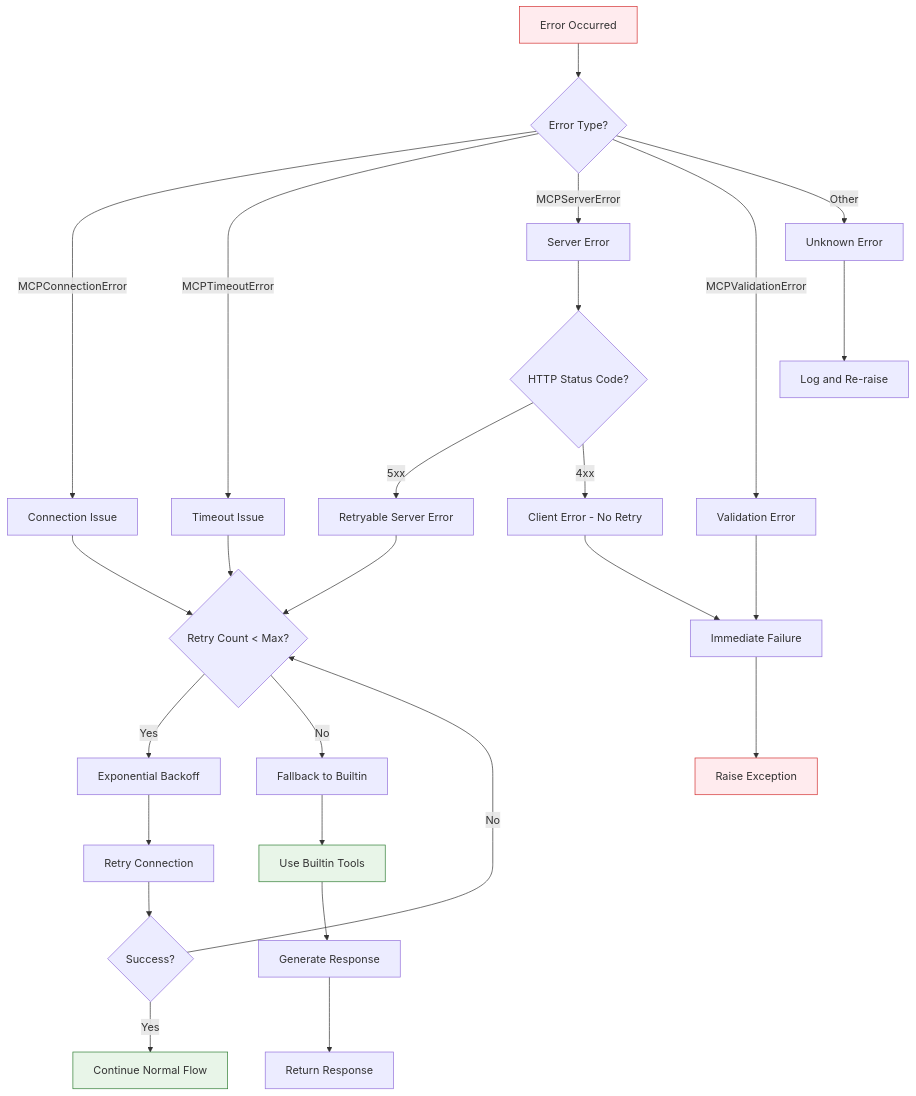
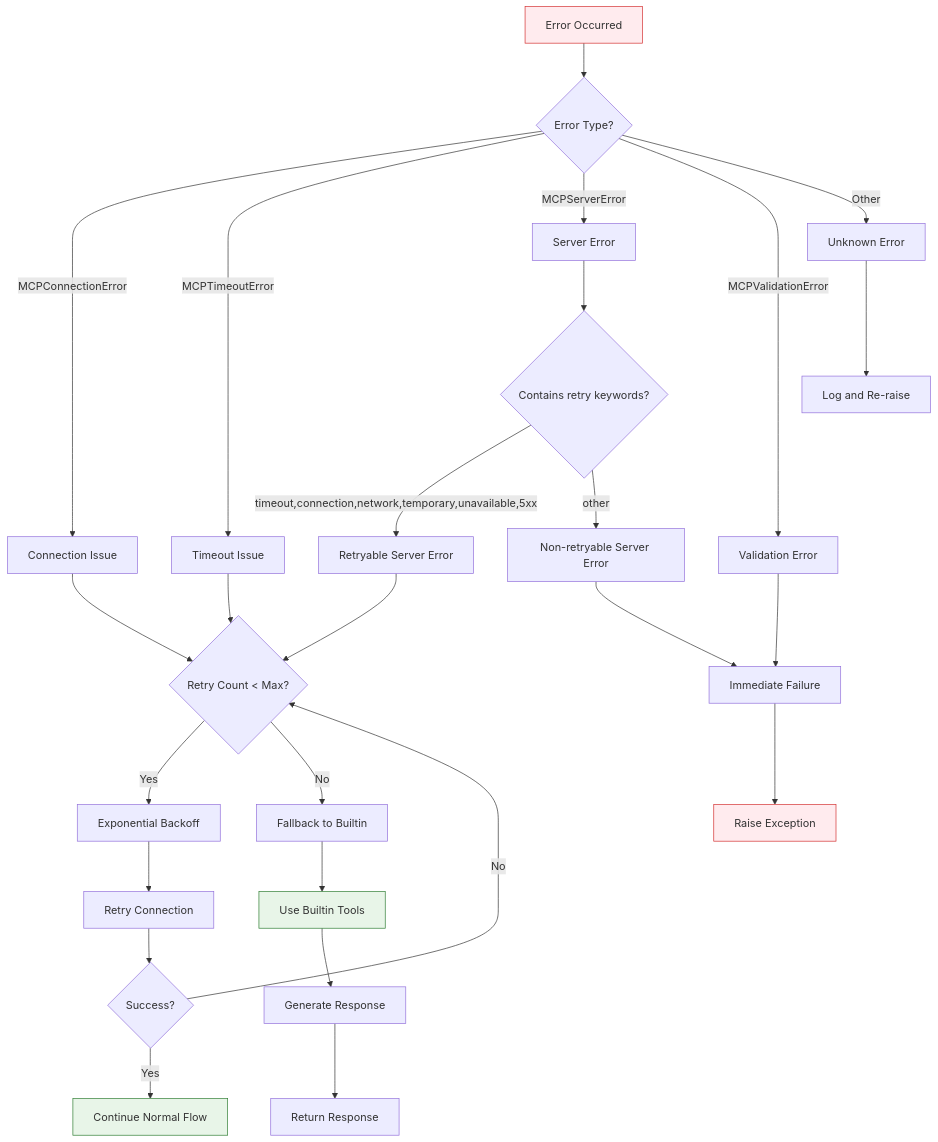
One commit to massgen/MassGen changed the fifth of 6 diagrams in massgen/backend/Gemini MCP Integration Analysis.md. Above: the diagram before and after it, drawn with Mermaid. The commit also changed other lines of this file, not shown here.

````diff
--- a/massgen/backend/Gemini MCP Integration Analysis.md
+++ b/massgen/backend/Gemini MCP Integration Analysis.md
@@ -258,39 +258,39 @@
 ```mermaid
 flowchart TD
     A[Error Occurred] --> B{Error Type?}
     B -->|MCPConnectionError| C[Connection Issue]
     B -->|MCPTimeoutError| D[Timeout Issue]
     B -->|MCPServerError| E[Server Error]
     B -->|MCPValidationError| F[Validation Error]
     B -->|Other| G[Unknown Error]
 
     C --> H{Retry Count < Max?}
     D --> H
-    E --> I{HTTP Status Code?}
+    E --> I{Contains retry keywords?}
     F --> J[Immediate Failure]
     G --> K[Log and Re-raise]
 
     H -->|Yes| L[Exponential Backoff]
     H -->|No| M[Fallback to Builtin]
-    I -->|5xx| N[Retryable Server Error]
-    I -->|4xx| O[Client Error - No Retry]
+    I -->|timeout,connection,network,temporary,unavailable,5xx| N[Retryable Server Error]
+    I -->|other| O[Non-retryable Server Error]
 
     L --> P[Retry Connection]
     M --> Q[Use Builtin Tools]
     N --> H
     O --> J
 
     P --> R{Success?}
     Q --> S[Generate Response]
 
     R -->|Yes| T[Continue Normal Flow]
     R -->|No| H
 
     J --> U[Raise Exception]
     S --> V[Return Response]
 
     style A fill:#ffebee,stroke:#d32f2f
     style Q fill:#e8f5e8,stroke:#2e7d32
     style U fill:#ffebee,stroke:#d32f2f
     style T fill:#e8f5e8,stroke:#2e7d32
 ```
````
